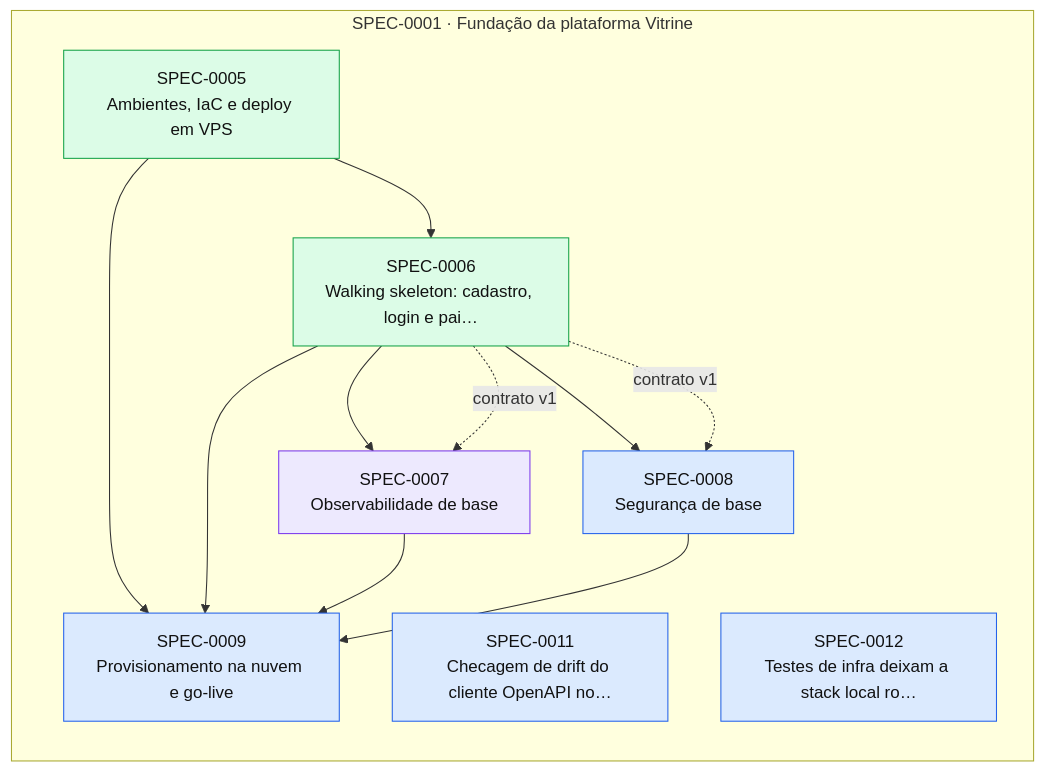
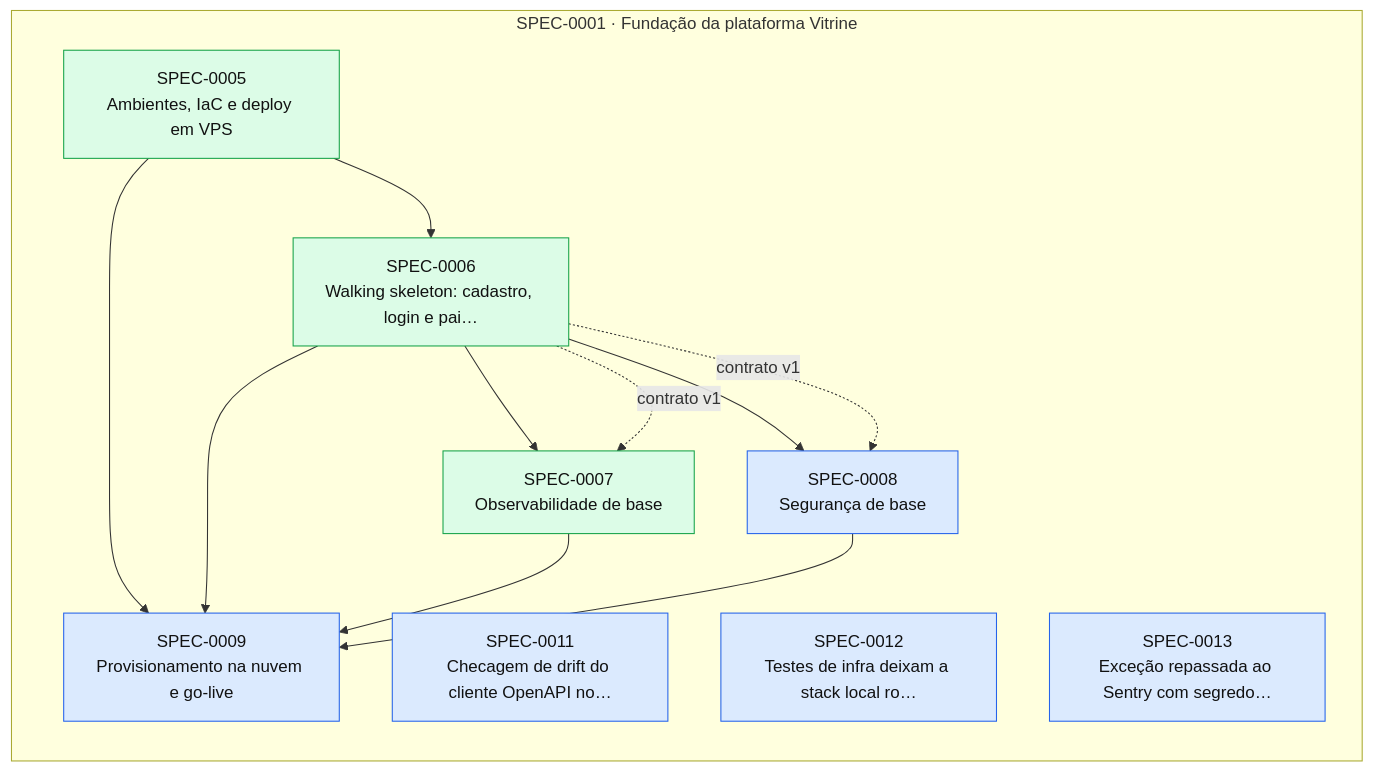
Before and after one commit to thomasravache/vitrine: the diagram in docs/specs/INDEX.md, drawn with Mermaid. The commit also changed other lines of this file and 2 other files, not shown here.

First line of the commit message:
docs(specs): SPEC-0007 implementada (G7); SPEC-0013 aprovada

````diff
--- a/docs/specs/INDEX.md
+++ b/docs/specs/INDEX.md
@@ -60,26 +60,27 @@
 ```mermaid
 flowchart LR
   subgraph E0001["SPEC-0001 · Fundação da plataforma Vitrine"]
     S0005["SPEC-0005<br/>Ambientes, IaC e deploy em VPS"]:::implemented
     S0006["SPEC-0006<br/>Walking skeleton: cadastro, login e pai…"]:::implemented
-    S0007["SPEC-0007<br/>Observabilidade de base"]:::inprogress
+    S0007["SPEC-0007<br/>Observabilidade de base"]:::implemented
     S0008["SPEC-0008<br/>Segurança de base"]:::approved
     S0009["SPEC-0009<br/>Provisionamento na nuvem e go-live"]:::approved
     S0011["SPEC-0011<br/>Checagem de drift do cliente OpenAPI no…"]:::approved
     S0012["SPEC-0012<br/>Testes de infra deixam a stack local ro…"]:::approved
+    S0013["SPEC-0013<br/>Exceção repassada ao Sentry com segredo…"]:::approved
   end
   S0005 --> S0006
   S0006 --> S0007
   S0006 -. contrato v1 .-> S0007
   S0006 --> S0008
   S0006 -. contrato v1 .-> S0008
   S0005 --> S0009
   S0006 --> S0009
   S0007 --> S0009
   S0008 --> S0009
   classDef proposed fill:#fef3c7,stroke:#d97706,color:#111
   classDef approved fill:#dbeafe,stroke:#2563eb,color:#111
   classDef inprogress fill:#ede9fe,stroke:#7c3aed,color:#111
   classDef implemented fill:#dcfce7,stroke:#16a34a,color:#111
   classDef deprecated fill:#f3f4f6,stroke:#9ca3af,color:#6b7280
 ```
````
